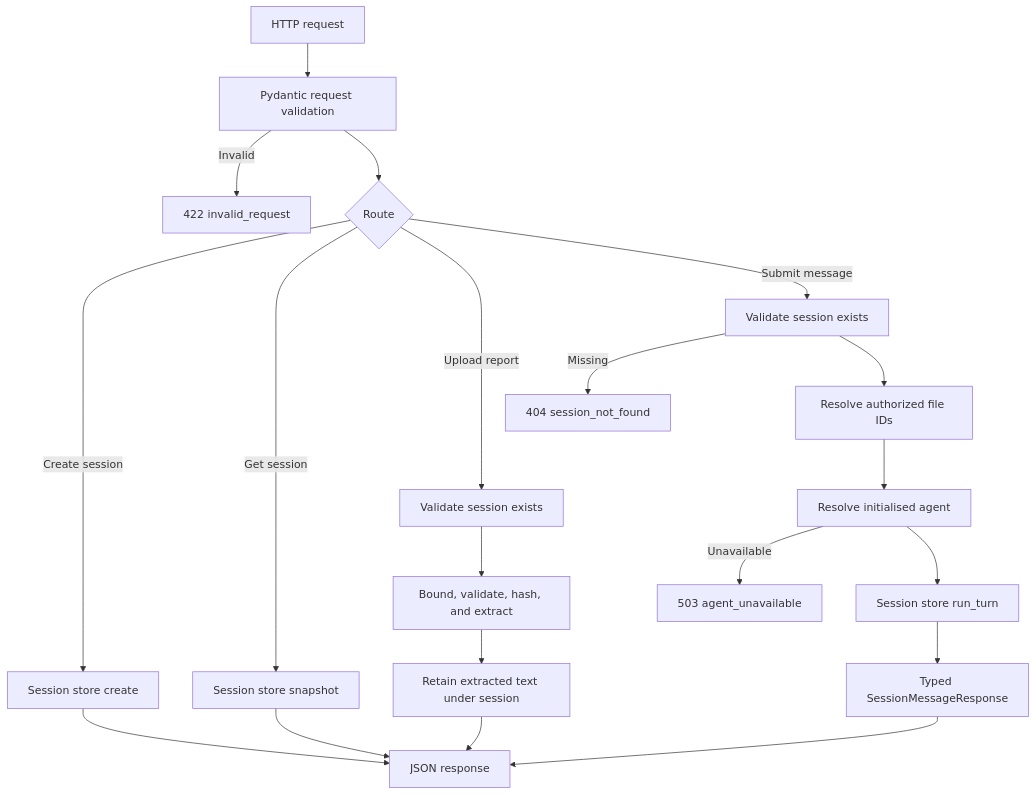
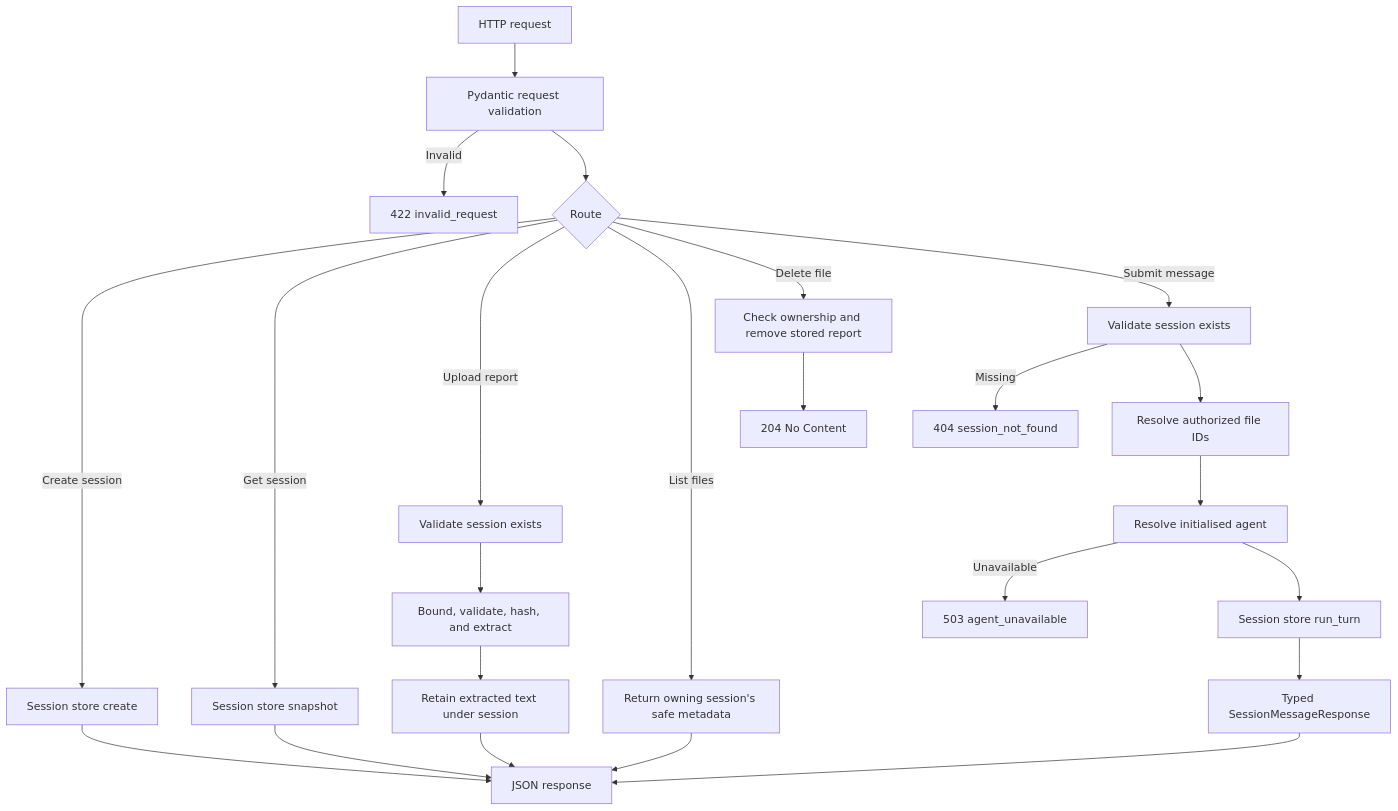
One commit to govtech-responsibleai/agentic-eval-toyapp changed the third of 16 diagrams in architecture.md. Above: the diagram before and after it, drawn with Mermaid. The commit also changed other lines of this file and 28 other files, not shown here.

````diff
--- a/architecture.md
+++ b/architecture.md
@@ -195,22 +242,26 @@
 ```mermaid
 flowchart TD
     Request[HTTP request] --> Validation[Pydantic request validation]
     Validation -->|Invalid| Error422[422 invalid_request]
     Validation --> Route{Route}
     Route -->|Create session| Create[Session store create]
     Route -->|Get session| Snapshot[Session store snapshot]
     Route -->|Upload report| FileLookup[Validate session exists]
     FileLookup --> FileProcess[Bound, validate, hash, and extract]
     FileProcess --> FileStore[Retain extracted text under session]
     FileStore --> Response
+    Route -->|List files| FileList[Return owning session's safe metadata]
+    Route -->|Delete file| FileDelete[Check ownership and remove stored report]
+    FileList --> Response
+    FileDelete --> Empty[204 No Content]
     Route -->|Submit message| Lookup[Validate session exists]
     Lookup -->|Missing| Error404[404 session_not_found]
     Lookup --> Attachments[Resolve authorized file IDs]
     Attachments --> Resolve[Resolve initialised agent]
     Resolve -->|Unavailable| Error503[503 agent_unavailable]
     Resolve --> Turn[Session store run_turn]
     Turn --> Result[Typed SessionMessageResponse]
     Create --> Response[JSON response]
     Snapshot --> Response
     Result --> Response
 ```
````
